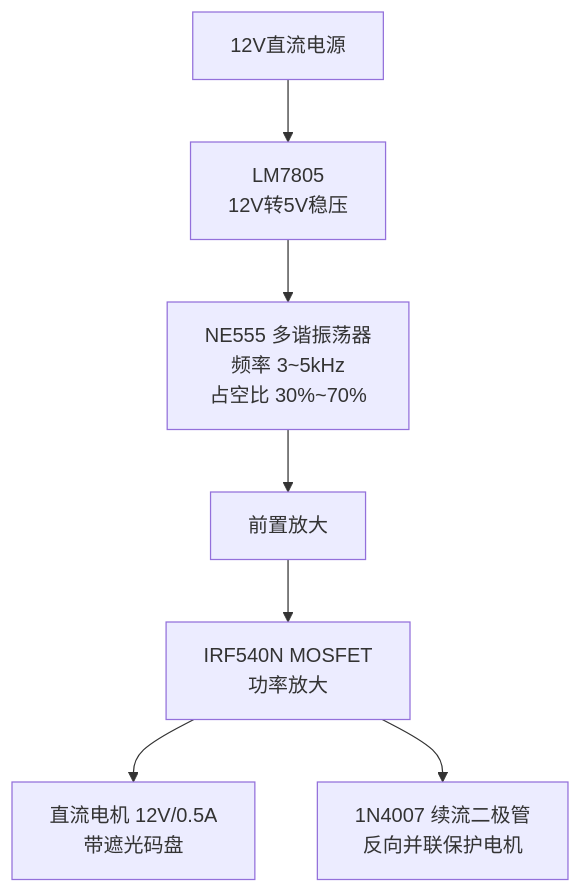
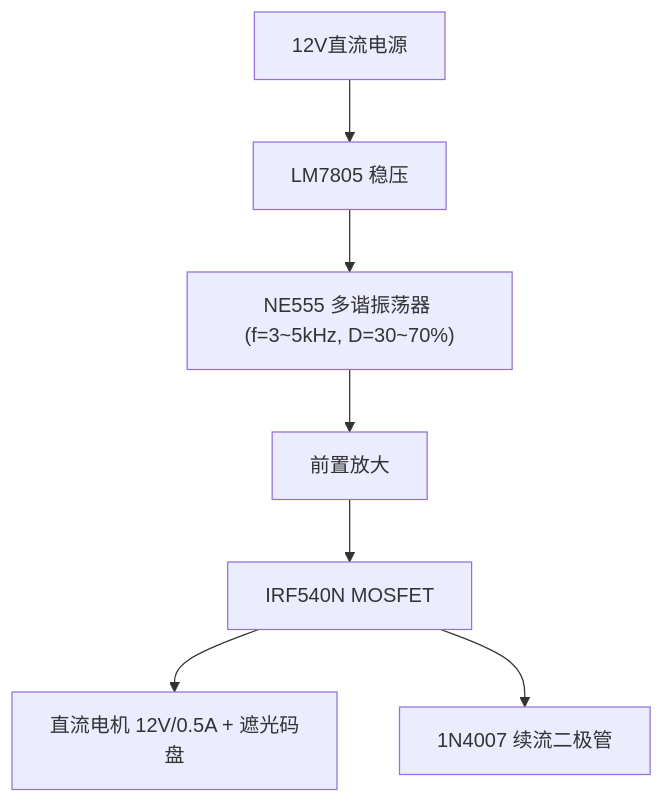
The first of 3 diagrams in README.md (Ygreece/motor-pwm-controller), drawn with Mermaid before and after one commit. The commit also changed other lines of this file and 1 other file, not shown here.

Commit message:
fix: 移除Mermaid标签中的换行符

````diff
--- a/README.md
+++ b/README.md
@@ -26,9 +26,9 @@
 ```mermaid
 graph TD
-    A["12V直流电源"] --> B["LM7805\n12V转5V稳压"]
-    B --> C["NE555 多谐振荡器\n频率 3~5kHz\n占空比 30%~70%"]
+    A["12V直流电源"] --> B["LM7805 稳压"]
+    B --> C["NE555 多谐振荡器 (f=3~5kHz, D=30~70%)"]
     C --> D["前置放大"]
-    D --> E["IRF540N MOSFET\n功率放大"]
-    E --> F["直流电机 12V/0.5A\n带遮光码盘"]
-    E --> G["1N4007 续流二极管\n反向并联保护电机"]
+    D --> E["IRF540N MOSFET"]
+    E --> F["直流电机 12V/0.5A + 遮光码盘"]
+    E --> G["1N4007 续流二极管"]
 ```
````
